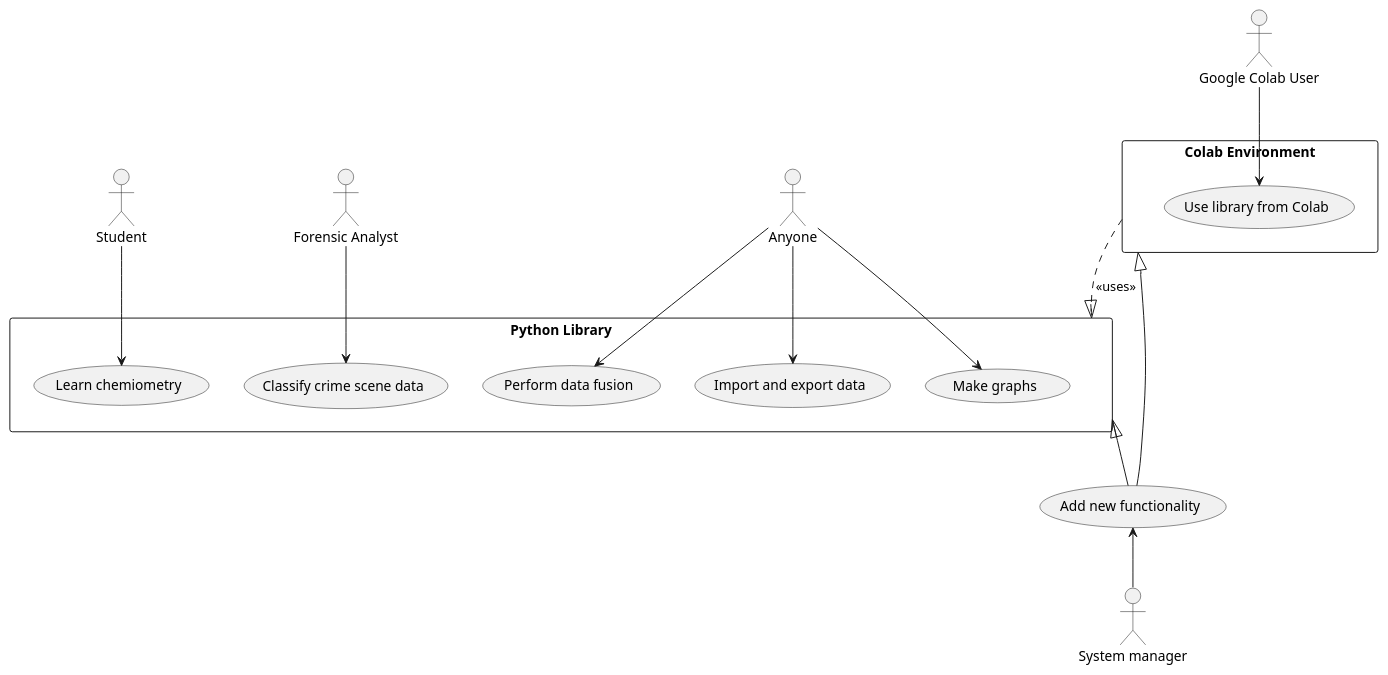
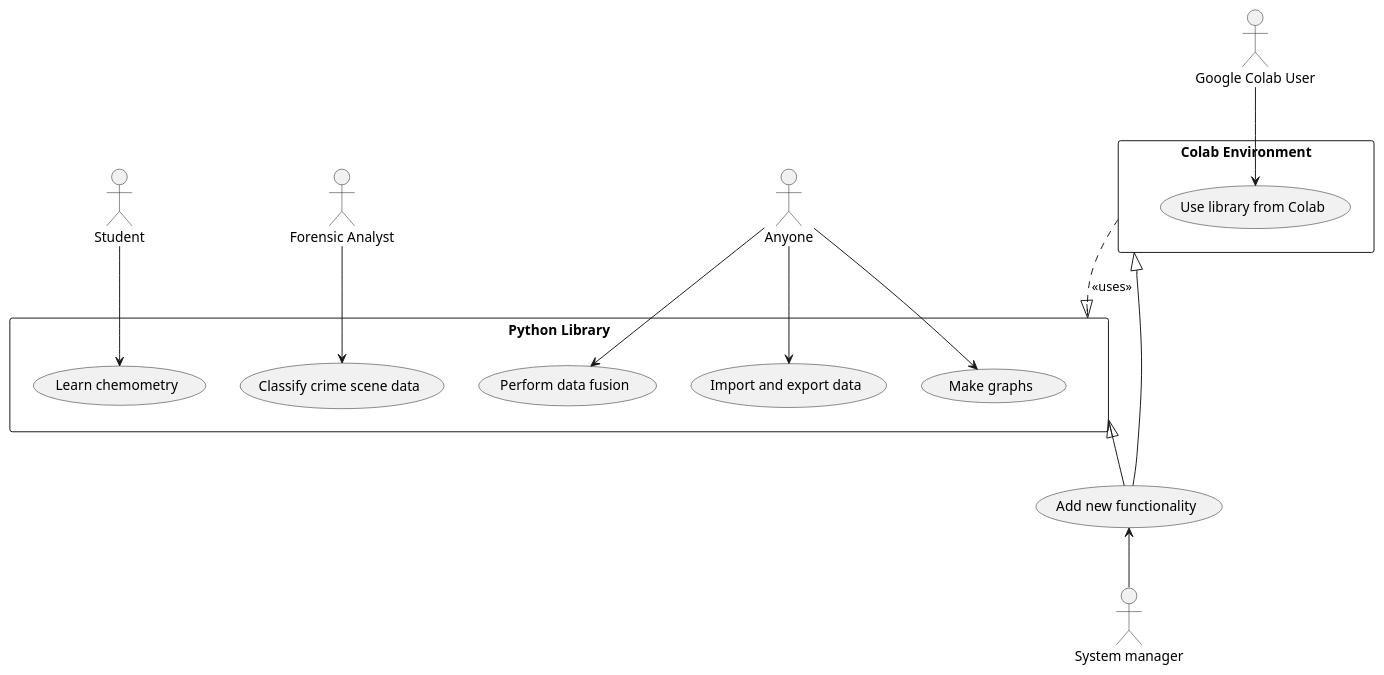
Before and after one commit to f-aguzzi/ChemFuseKit: the diagram in docs/src/pages/project/use-cases.md, drawn with PlantUML. The commit also changed 4 other files, not shown here.

````diff
--- a/docs/src/pages/project/use-cases.md
+++ b/docs/src/pages/project/use-cases.md
@@ -9,30 +9,30 @@
 ```plantuml
 @startuml
 rectangle "Python Library" {
-	(Learn chemiometry)
+	(Learn chemometry)
 	(Classify crime scene data)
 	(Perform data fusion)
 	(Import and export data)
 	(Make graphs)
 }
 
 rectangle "Colab Environment" {
 	(Use library from Colab)
 }
 
 (Add new functionality)
 
-"Student" --> (Learn chemiometry)
+"Student" --> (Learn chemometry)
 "Forensic Analyst" --> (Classify crime scene data)
 "Anyone" --> (Perform data fusion)
 "Anyone" --> (Import and export data)
 "Anyone" --> (Make graphs)
 "Google Colab User" --> (Use library from Colab)
 "System manager" -up-> (Add new functionality)
 
 "Colab Environment" ..|> "Python Library" : <<uses>>
 
 (Add new functionality) -up-|> "Colab Environment"
 (Add new functionality) -up-|> "Python Library"
 @enduml
 ```
````
